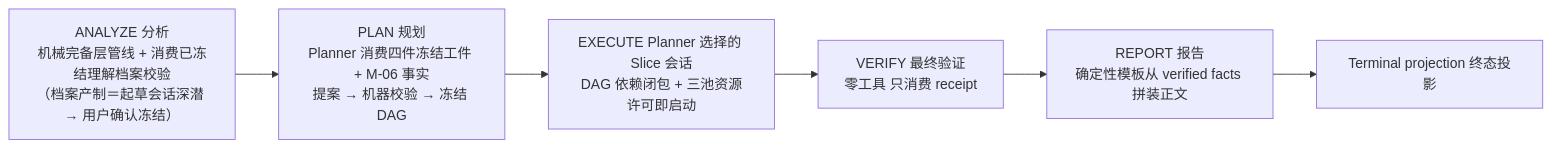
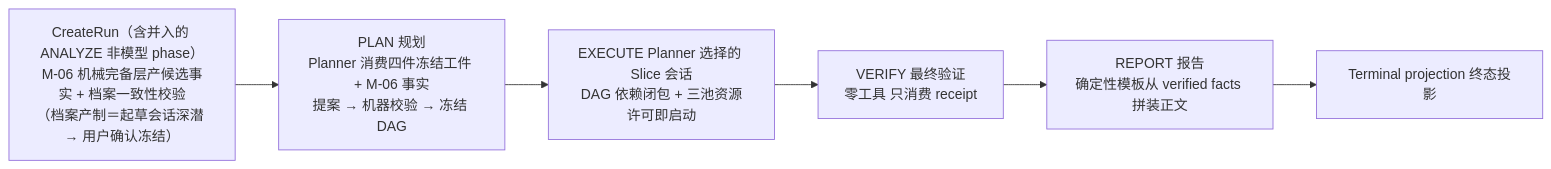
The first of 3 diagrams in my_space/codemigrator_design_doc/architecture_module_design/CodeMigrator_Agent_Loop设计.md (LT0X/CodeMigrator), drawn with Mermaid before and after one commit. The commit also changed other lines of this file and 37 other files, not shown here.

````diff
--- a/my_space/codemigrator_design_doc/architecture_module_design/CodeMigrator_Agent_Loop设计.md
+++ b/my_space/codemigrator_design_doc/architecture_module_design/CodeMigrator_Agent_Loop设计.md
@@ -39,8 +47,8 @@
 ```mermaid
 flowchart LR
-  A["ANALYZE 分析\n机械完备层管线 + 消费已冻结理解档案校验\n（档案产制＝起草会话深潜 → 用户确认冻结）"] --> P["PLAN 规划\nPlanner 消费四件冻结工件 + M-06 事实\n提案 → 机器校验 → 冻结 DAG"]
+  C["CreateRun（含并入的 ANALYZE 非模型 phase）\nM-06 机械完备层产候选事实 + 档案一致性校验\n（档案产制＝起草会话深潜 → 用户确认冻结）"] --> P["PLAN 规划\nPlanner 消费四件冻结工件 + M-06 事实\n提案 → 机器校验 → 冻结 DAG"]
   P --> X["EXECUTE Planner 选择的 Slice 会话\nDAG 依赖闭包 + 三池资源许可即启动"]
   X --> V["VERIFY 最终验证\n零工具 只消费 receipt"]
   V --> R["REPORT 报告\n确定性模板从 verified facts 拼装正文"]
   R --> T["Terminal projection 终态投影"]
 ```
````
